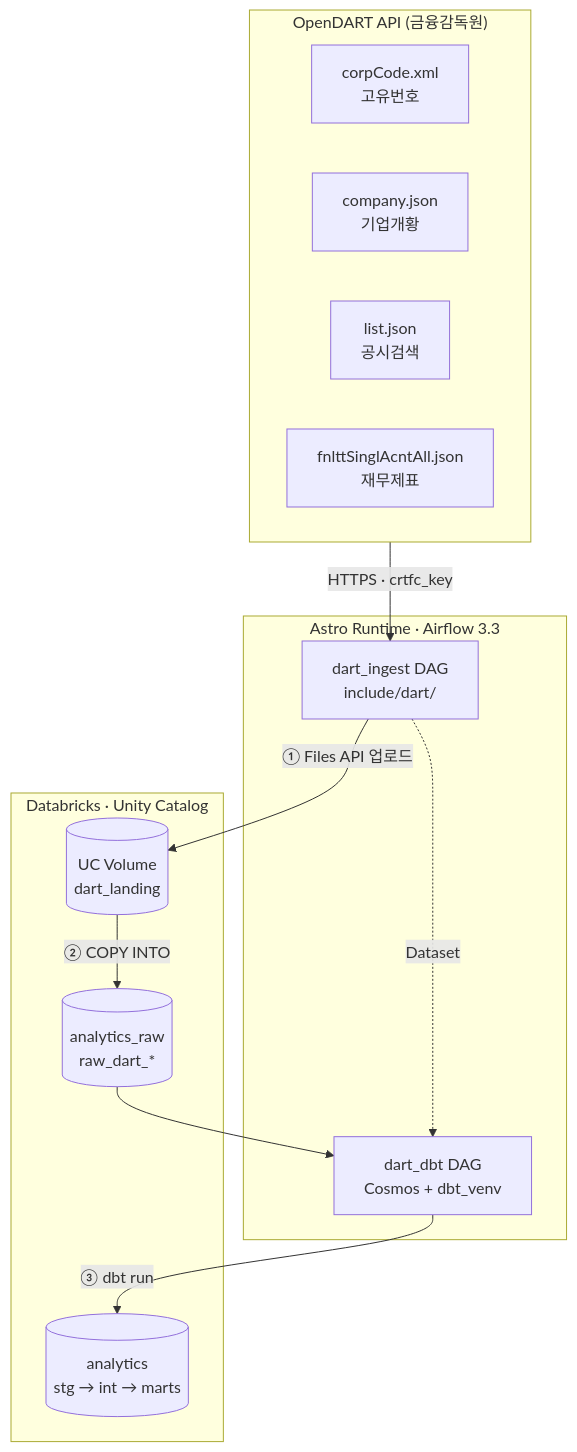
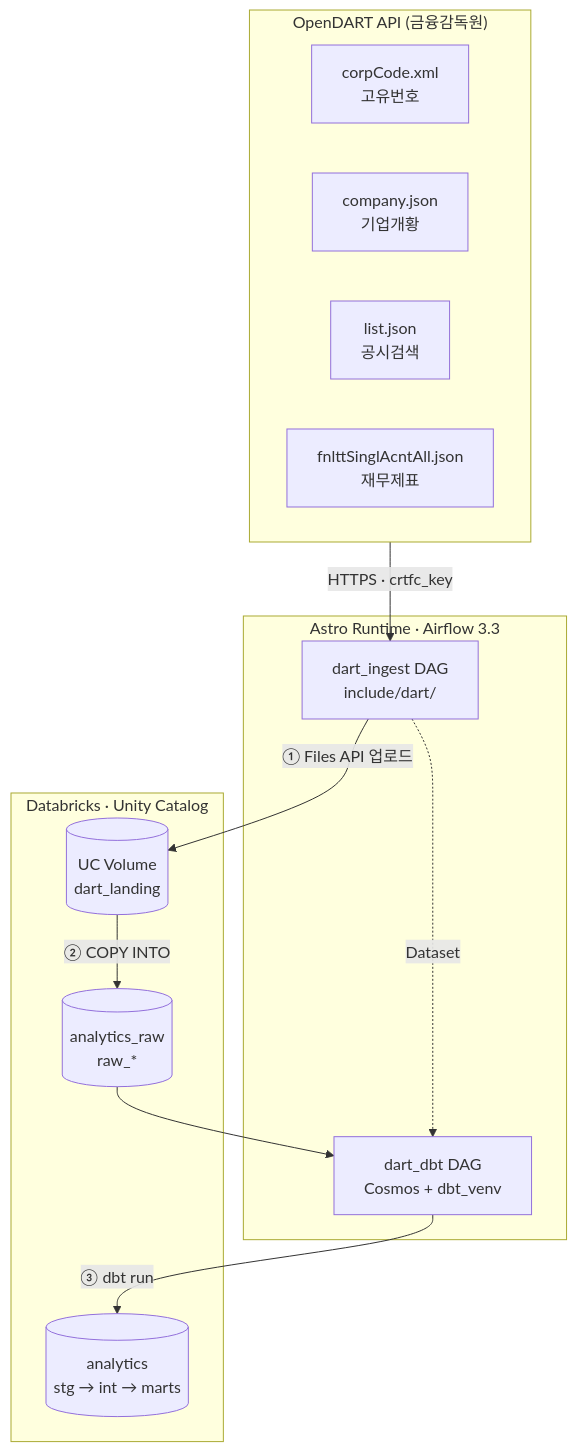
One commit to DailyRoutiner/airflow_dbt changed the diagram in docs/architecture.mmd. Above: the diagram before and after it, drawn with Mermaid. The commit also changed 27 other files, not shown here.

```diff
--- a/docs/architecture.mmd
+++ b/docs/architecture.mmd
@@ -1,25 +1,25 @@
 flowchart TB
     subgraph DART["OpenDART API (금융감독원)"]
         A1["corpCode.xml<br/>고유번호"]
         A2["company.json<br/>기업개황"]
         A3["list.json<br/>공시검색"]
         A4["fnlttSinglAcntAll.json<br/>재무제표"]
     end
 
     subgraph AF["Astro Runtime · Airflow 3.3"]
         B1["dart_ingest DAG<br/>include/dart/"]
         B2["dart_dbt DAG<br/>Cosmos + dbt_venv"]
         B1 -. "Dataset" .-> B2
     end
 
     subgraph DBX["Databricks · Unity Catalog"]
         C1[("UC Volume<br/>dart_landing")]
-        C2[("analytics_raw<br/>raw_dart_*")]
+        C2[("analytics_raw<br/>raw_*")]
         C3[("analytics<br/>stg → int → marts")]
     end
 
     DART -->|"HTTPS · crtfc_key"| B1
     B1 -->|"① Files API 업로드"| C1
     C1 -->|"② COPY INTO"| C2
     C2 --> B2
     B2 -->|"③ dbt run"| C3
```
